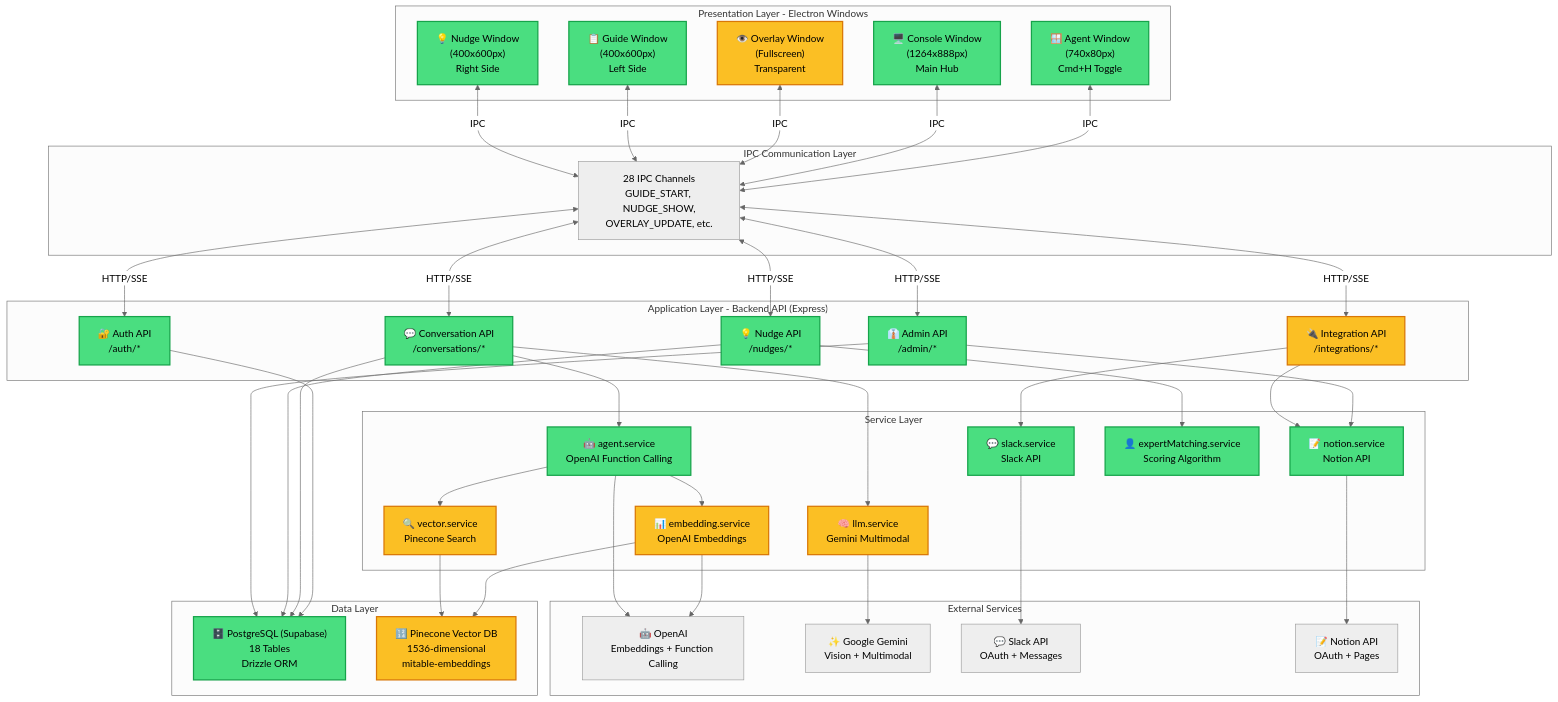
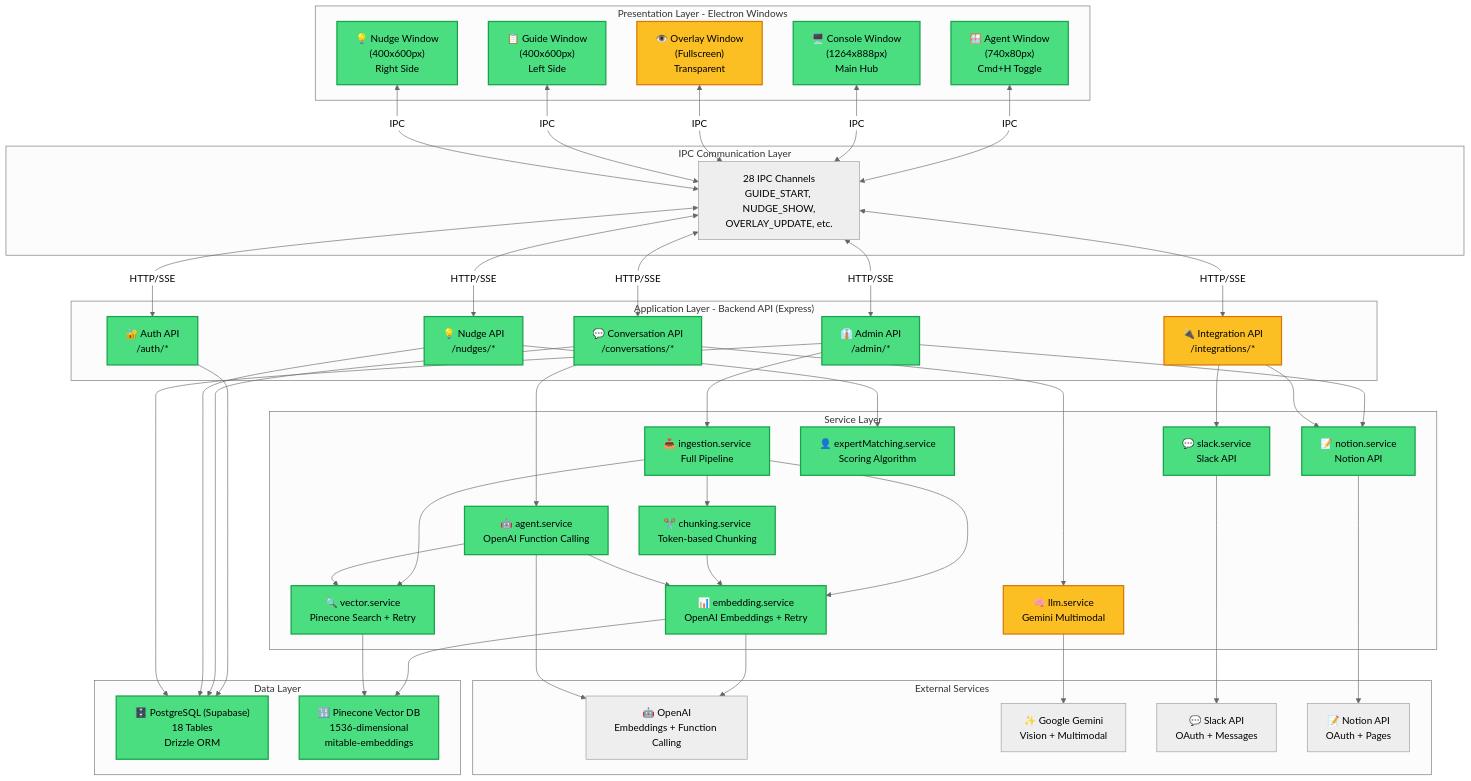
One commit to Febchuk/mitable changed the first of 9 diagrams in docs/current_architecture_visual.md. Above: the diagram before and after it, drawn with Mermaid (neutral theme). The commit also changed other lines of this file and 9 other files, not shown here.

First line of the commit message:
Added intelligent chunking and retry logic for rate limits to ingestion.service.ts

````diff
--- a/docs/current_architecture_visual.md
+++ b/docs/current_architecture_visual.md
@@ -47,11 +47,13 @@
     subgraph "Service Layer"
         AgentSvc["🤖 agent.service<br/>OpenAI Function Calling"]
         LLMSvc["🧠 llm.service<br/>Gemini Multimodal"]
-        EmbedSvc["📊 embedding.service<br/>OpenAI Embeddings"]
-        VectorSvc["🔍 vector.service<br/>Pinecone Search"]
+        EmbedSvc["📊 embedding.service<br/>OpenAI Embeddings + Retry"]
+        VectorSvc["🔍 vector.service<br/>Pinecone Search + Retry"]
+        ChunkSvc["✂️ chunking.service<br/>Token-based Chunking"]
         NotionSvc["📝 notion.service<br/>Notion API"]
         SlackSvc["💬 slack.service<br/>Slack API"]
         ExpertSvc["👤 expertMatching.service<br/>Scoring Algorithm"]
+        IngestionSvc["📥 ingestion.service<br/>Full Pipeline"]
     end
 
     subgraph "Data Layer"
@@ -85,8 +87,15 @@
     Conv --> LLMSvc
     NudgeAPI --> ExpertSvc
     Admin --> NotionSvc
+    Admin --> IngestionSvc
     Integrations --> SlackSvc
     Integrations --> NotionSvc
+
+    %% Ingestion pipeline
+    IngestionSvc --> ChunkSvc
+    IngestionSvc --> EmbedSvc
+    IngestionSvc --> VectorSvc
+    ChunkSvc --> EmbedSvc
 
     %% Services to Data
     AgentSvc --> EmbedSvc
@@ -110,7 +119,7 @@
     classDef partial fill:#fbbf24,stroke:#d97706,stroke-width:2px,color:#000
     classDef missing fill:#f87171,stroke:#dc2626,stroke-width:2px,color:#000
 
-    class Agent,Console,Guide,Nudge,Auth,Conv,NudgeAPI,Admin,Postgres,AgentSvc,ExpertSvc,NotionSvc,SlackSvc implemented
-    class Overlay,VectorSvc,EmbedSvc,LLMSvc,Pinecone partial
-    class Integrations partial
+    class Agent,Console,Guide,Nudge,Auth,Conv,NudgeAPI,Admin,Postgres implemented
+    class AgentSvc,ExpertSvc,NotionSvc,SlackSvc,EmbedSvc,VectorSvc,ChunkSvc,IngestionSvc,Pinecone implemented
+    class Overlay,LLMSvc,Integrations partial
 ```
````
